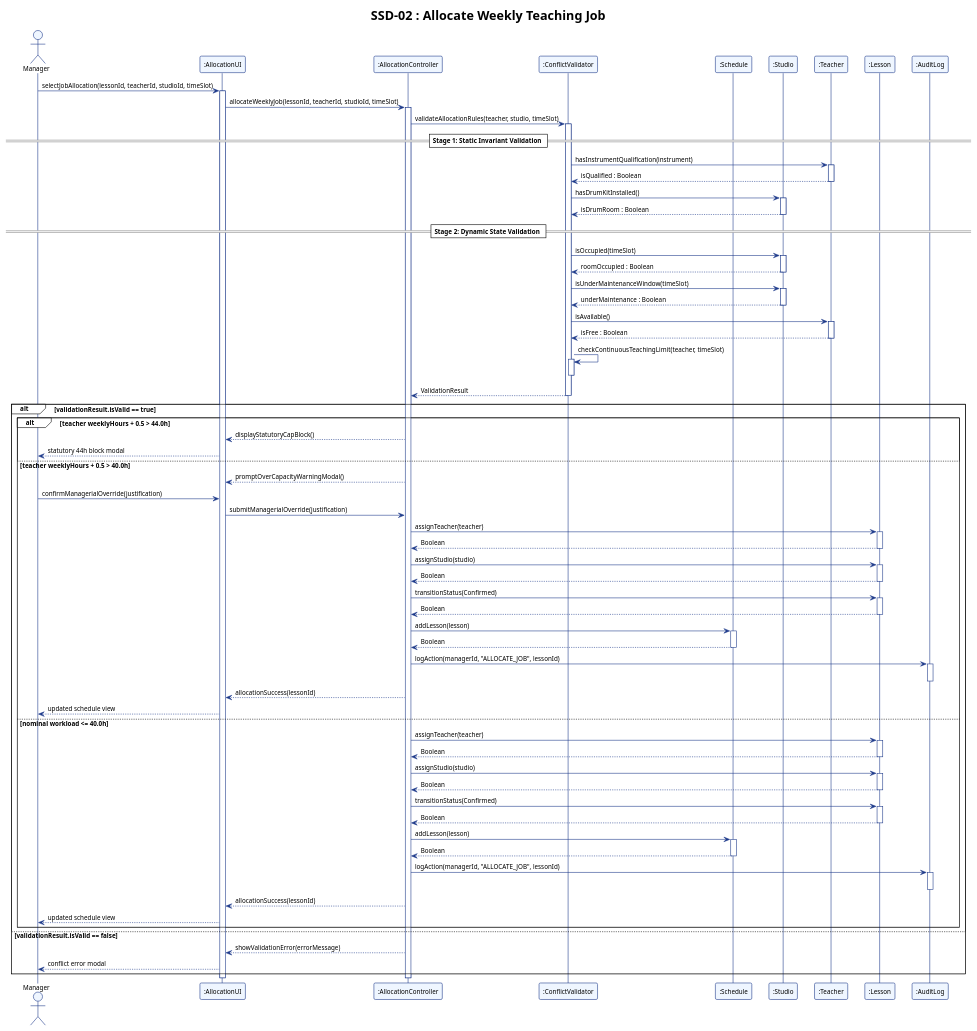
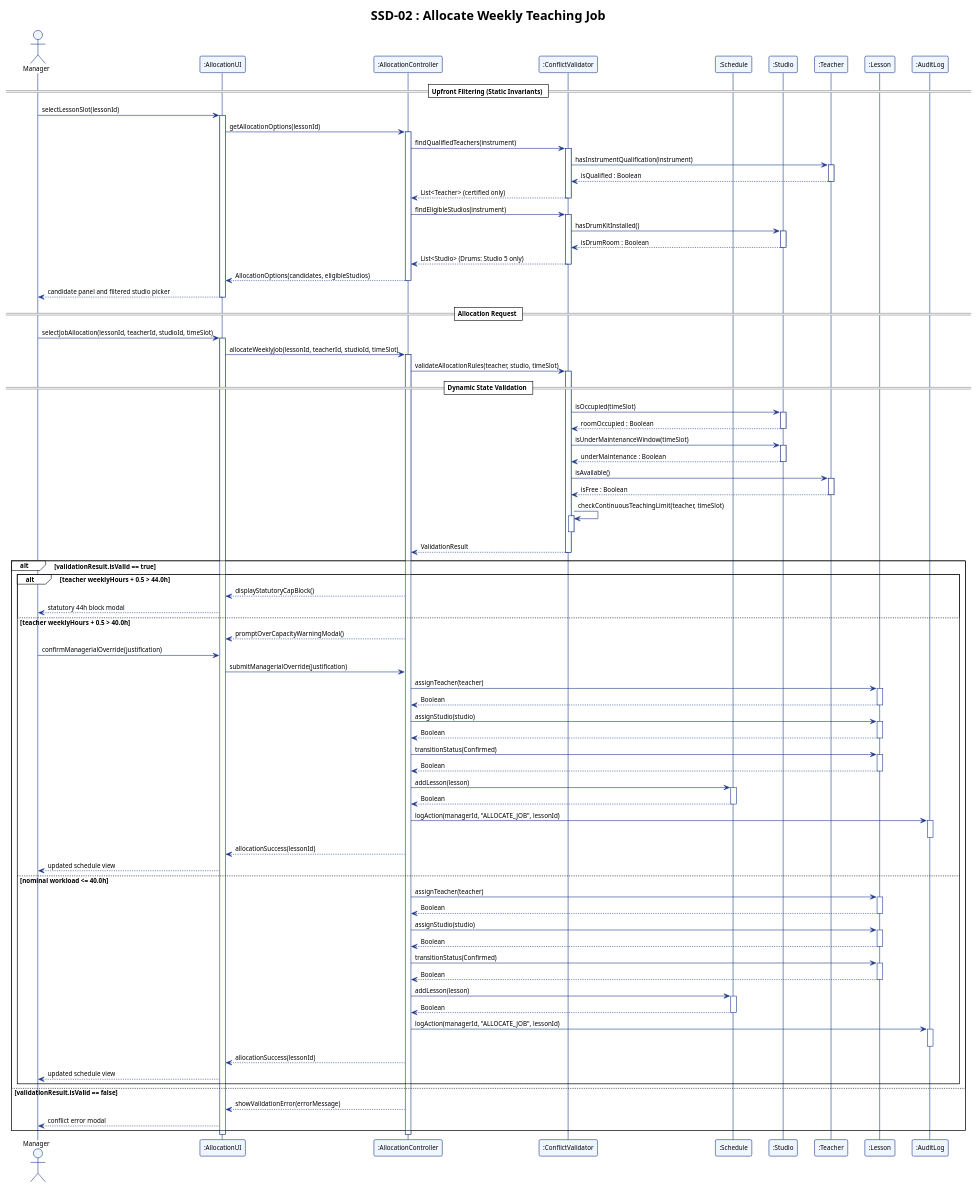
The diagram in report/assets/ssd_02.puml (adoreblvnk/2001temp), drawn with PlantUML before and after one commit. The commit also changed 11 other files, not shown here.

First line of the commit message:
fix(use-cases): convert static invariants to preconditions and remove invalid alternative scenarios

```diff
--- a/report/assets/ssd_02.puml
+++ b/report/assets/ssd_02.puml
@@ -1,124 +1,143 @@
 @startuml ssd_02
 !theme plain
 skinparam shadowing false
 skinparam defaultFontName "Helvetica", "Arial", sans-serif
 skinparam defaultFontSize 11
 skinparam sequence {
     ParticipantBorderColor #1E3A8A
     ParticipantBackgroundColor #EFF6FF
     LifeLineBorderColor #1E3A8A
     LifeLineBackgroundColor #FFFFFF
     ArrowColor #1E3A8A
     ActorBorderColor #1E3A8A
     ActorBackgroundColor #EFF6FF
 }
 
 title SSD-02 : Allocate Weekly Teaching Job
 
 actor "Manager" as M
 participant ":AllocationUI" as UI
 participant ":AllocationController" as AC
 participant ":ConflictValidator" as CV
 participant ":Schedule" as S
 participant ":Studio" as St
 participant ":Teacher" as T
 participant ":Lesson" as L
 participant ":AuditLog" as AL
 
+== Upfront Filtering (Static Invariants) ==
+
+M -> UI : selectLessonSlot(lessonId)
+activate UI
+UI -> AC : getAllocationOptions(lessonId)
+activate AC
+AC -> CV : findQualifiedTeachers(instrument)
+activate CV
+CV -> T : hasInstrumentQualification(instrument)
+activate T
+T --> CV : isQualified : Boolean
+deactivate T
+CV --> AC : List<Teacher> (certified only)
+deactivate CV
+AC -> CV : findEligibleStudios(instrument)
+activate CV
+CV -> St : hasDrumKitInstalled()
+activate St
+St --> CV : isDrumRoom : Boolean
+deactivate St
+CV --> AC : List<Studio> (Drums: Studio 5 only)
+deactivate CV
+AC --> UI : AllocationOptions(candidates, eligibleStudios)
+deactivate AC
+UI --> M : candidate panel and filtered studio picker
+deactivate UI
+
+== Allocation Request ==
+
 M -> UI : selectJobAllocation(lessonId, teacherId, studioId, timeSlot)
 activate UI
 UI -> AC : allocateWeeklyJob(lessonId, teacherId, studioId, timeSlot)
 activate AC
 
 AC -> CV : validateAllocationRules(teacher, studio, timeSlot)
 activate CV
 
-== Stage 1: Static Invariant Validation ==
-CV -> T : hasInstrumentQualification(instrument)
-activate T
-T --> CV : isQualified : Boolean
-deactivate T
-CV -> St : hasDrumKitInstalled()
-activate St
-St --> CV : isDrumRoom : Boolean
-deactivate St
-
-== Stage 2: Dynamic State Validation ==
+== Dynamic State Validation ==
 CV -> St : isOccupied(timeSlot)
 activate St
 St --> CV : roomOccupied : Boolean
 deactivate St
 CV -> St : isUnderMaintenanceWindow(timeSlot)
 activate St
 St --> CV : underMaintenance : Boolean
 deactivate St
 CV -> T : isAvailable()
 activate T
 T --> CV : isFree : Boolean
 deactivate T
 CV -> CV : checkContinuousTeachingLimit(teacher, timeSlot)
 activate CV
 deactivate CV
 CV --> AC : ValidationResult
 deactivate CV
 
 alt validationResult.isValid == true
     alt teacher weeklyHours + 0.5 > 44.0h
         AC --> UI : displayStatutoryCapBlock()
         UI --> M : statutory 44h block modal
     else teacher weeklyHours + 0.5 > 40.0h
         AC --> UI : promptOverCapacityWarningModal()
         M -> UI : confirmManagerialOverride(justification)
         UI -> AC : submitManagerialOverride(justification)
         AC -> L : assignTeacher(teacher)
         activate L
         L --> AC : Boolean
         deactivate L
         AC -> L : assignStudio(studio)
         activate L
         L --> AC : Boolean
         deactivate L
         AC -> L : transitionStatus(Confirmed)
         activate L
         L --> AC : Boolean
         deactivate L
         AC -> S : addLesson(lesson)
         activate S
         S --> AC : Boolean
         deactivate S
         AC -> AL : logAction(managerId, "ALLOCATE_JOB", lessonId)
         activate AL
         deactivate AL
         AC --> UI : allocationSuccess(lessonId)
         UI --> M : updated schedule view
     else nominal workload <= 40.0h
         AC -> L : assignTeacher(teacher)
         activate L
         L --> AC : Boolean
         deactivate L
         AC -> L : assignStudio(studio)
         activate L
         L --> AC : Boolean
         deactivate L
         AC -> L : transitionStatus(Confirmed)
         activate L
         L --> AC : Boolean
         deactivate L
         AC -> S : addLesson(lesson)
         activate S
         S --> AC : Boolean
         deactivate S
         AC -> AL : logAction(managerId, "ALLOCATE_JOB", lessonId)
         activate AL
         deactivate AL
         AC --> UI : allocationSuccess(lessonId)
         UI --> M : updated schedule view
     end
 else validationResult.isValid == false
     AC --> UI : showValidationError(errorMessage)
     UI --> M : conflict error modal
 end
 
 deactivate AC
 deactivate UI
 @enduml
```
